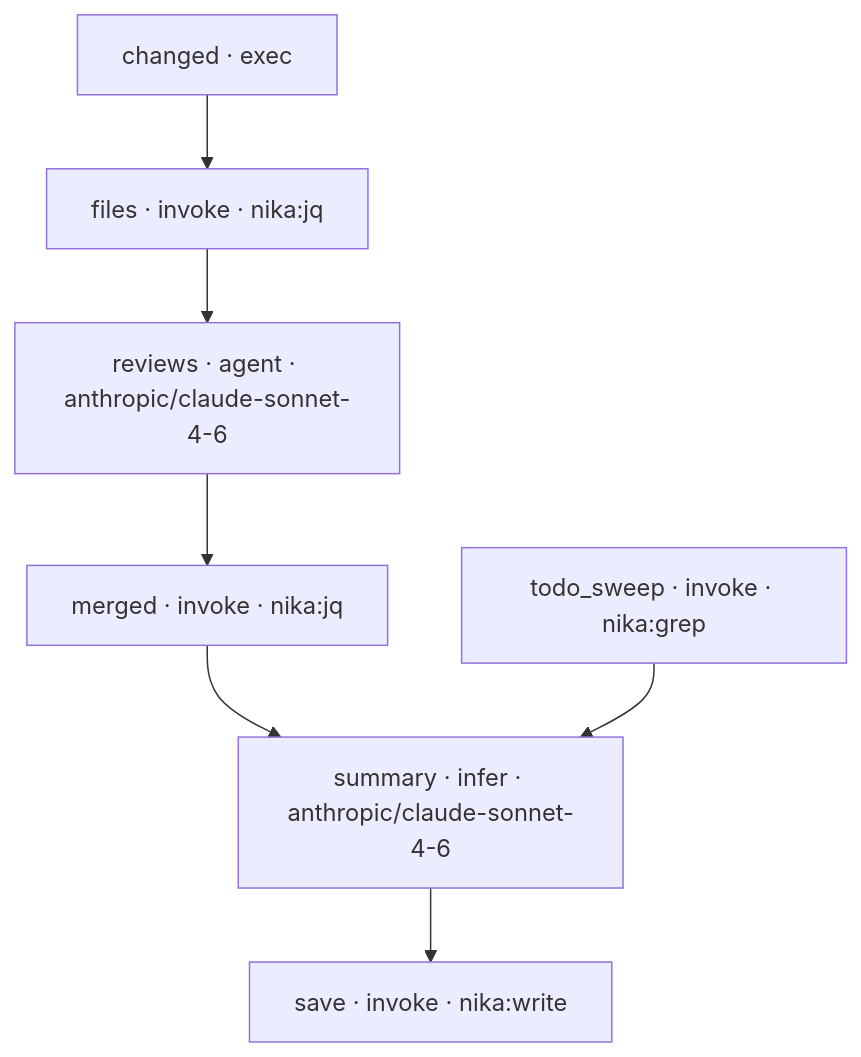
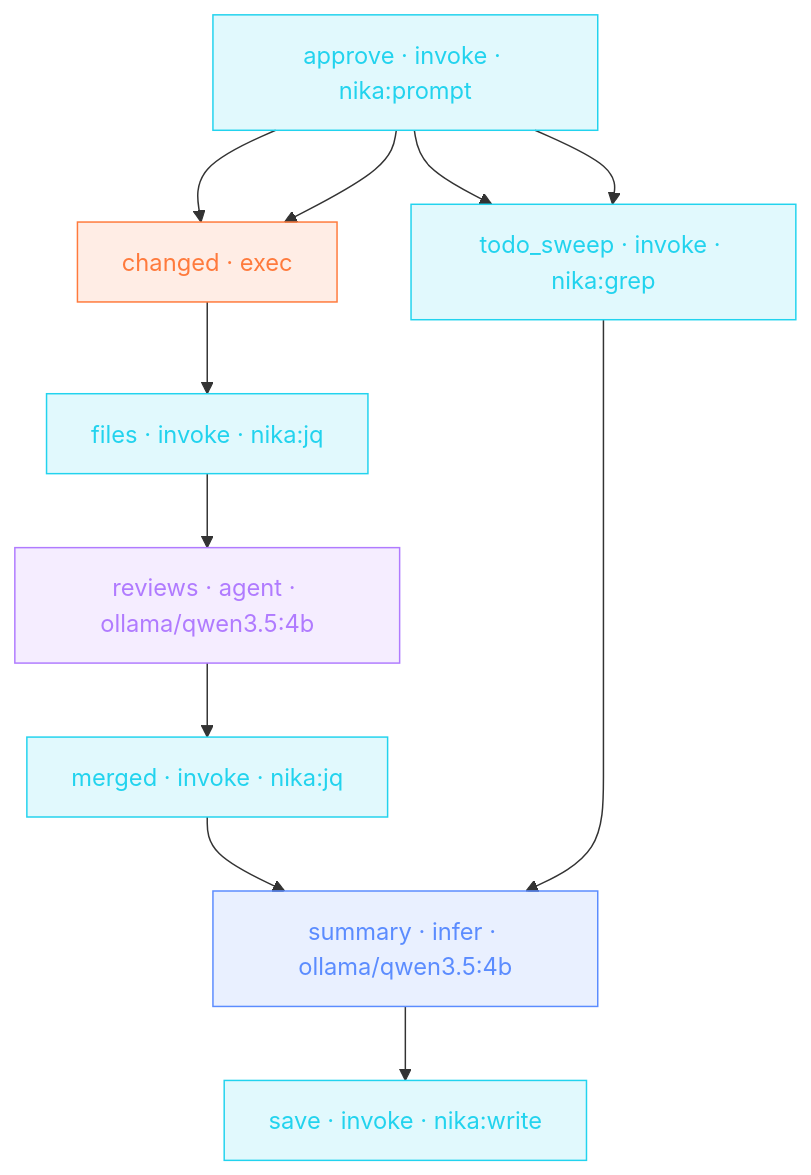
One commit to supernovae-st/nika changed the diagram in media/raw/graph-fanout.mmd. Above: the diagram before and after it, drawn with Mermaid. The commit also changed 37 other files, not shown here.

```diff
--- a/media/raw/graph-fanout.mmd
+++ b/media/raw/graph-fanout.mmd
@@ -1,14 +1,23 @@
 graph TD
-  changed["changed · exec"]
-  todo_sweep["todo_sweep · invoke · nika:grep"]
-  files["files · invoke · nika:jq"]
-  reviews["reviews · agent · anthropic/claude-sonnet-4-6"]
-  merged["merged · invoke · nika:jq"]
-  summary["summary · infer · anthropic/claude-sonnet-4-6"]
-  save["save · invoke · nika:write"]
+  approve["approve · invoke · nika:prompt"]:::invoke
+  changed["changed · exec"]:::exec
+  todo_sweep["todo_sweep · invoke · nika:grep"]:::invoke
+  files["files · invoke · nika:jq"]:::invoke
+  reviews["reviews · agent · ollama/qwen3.5:4b"]:::agent
+  merged["merged · invoke · nika:jq"]:::invoke
+  summary["summary · infer · ollama/qwen3.5:4b"]:::infer
+  save["save · invoke · nika:write"]:::invoke
+  approve --> changed
+  approve --> changed
+  approve --> todo_sweep
+  approve --> todo_sweep
   changed --> files
   files --> reviews
   merged --> summary
   reviews --> merged
   summary --> save
   todo_sweep --> summary
+  classDef infer fill:#5b8cff22,stroke:#5b8cff,color:#5b8cff
+  classDef exec fill:#ff7a3c22,stroke:#ff7a3c,color:#ff7a3c
+  classDef invoke fill:#22d3ee22,stroke:#22d3ee,color:#22d3ee
+  classDef agent fill:#b07bff22,stroke:#b07bff,color:#b07bff
```
